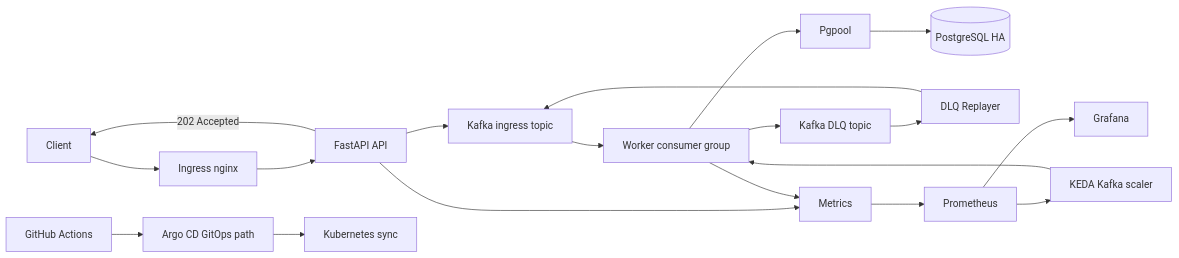
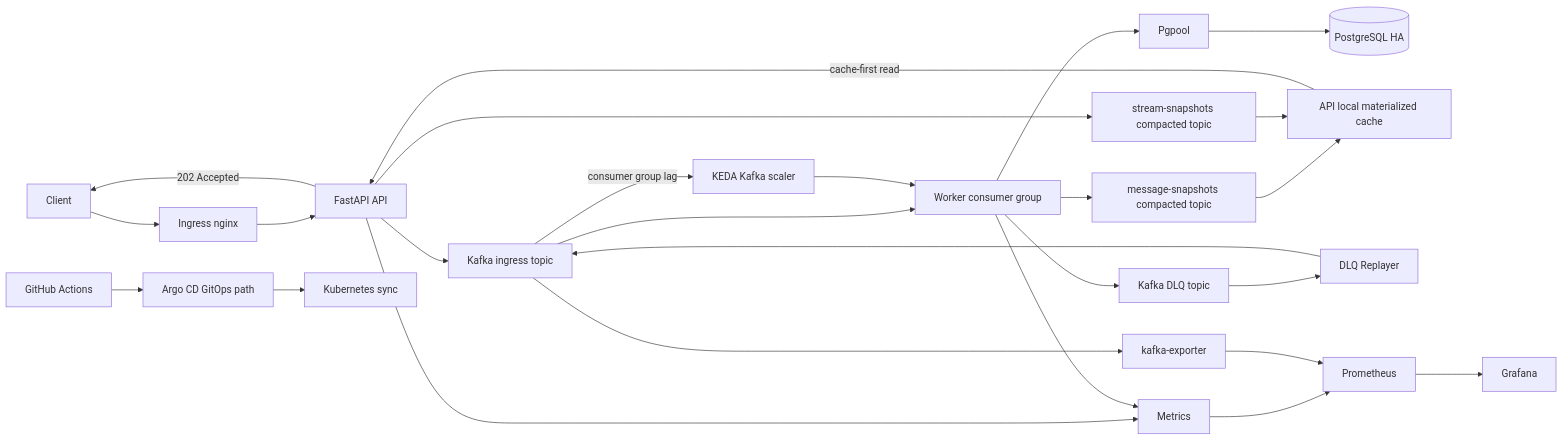
One commit to Jangwanko/Cloud_portfolio changed the first of 4 diagrams in README.md. Above: the diagram before and after it, drawn with Mermaid. The commit also changed other lines of this file and 11 other files, not shown here.

Commit message:
test: add cache read fallback validation

````diff
--- a/README.md
+++ b/README.md
@@ -118,24 +120,31 @@
 ```mermaid
 flowchart LR
     Client[Client] --> Ingress[Ingress nginx]
     Ingress --> API[FastAPI API]
     API -->|202 Accepted| Client
     API --> Kafka[Kafka ingress topic]
     Kafka --> Worker[Worker consumer group]
     Worker --> Pgpool[Pgpool]
     Pgpool --> DB[(PostgreSQL HA)]
+    Worker --> MessageSnapshots[message-snapshots compacted topic]
+    API --> StreamSnapshots[stream-snapshots compacted topic]
+    MessageSnapshots --> Cache[API local materialized cache]
+    StreamSnapshots --> Cache
+    Cache -->|cache-first read| API
 
     Worker --> DLQ[Kafka DLQ topic]
     DLQ --> Replayer[DLQ Replayer]
     Replayer --> Kafka
 
     API --> Metrics[Metrics]
     Worker --> Metrics
     Metrics --> Prometheus[Prometheus]
     Prometheus --> Grafana[Grafana]
-    Prometheus --> KEDA[KEDA Kafka scaler]
+    Kafka -->|consumer group lag| KEDA[KEDA Kafka scaler]
     KEDA --> Worker
+    Kafka --> KafkaExporter[kafka-exporter]
+    KafkaExporter --> Prometheus
 
     GitHub[GitHub Actions] --> Argo[Argo CD GitOps path]
     Argo --> K8s[Kubernetes sync]
 ```
````
